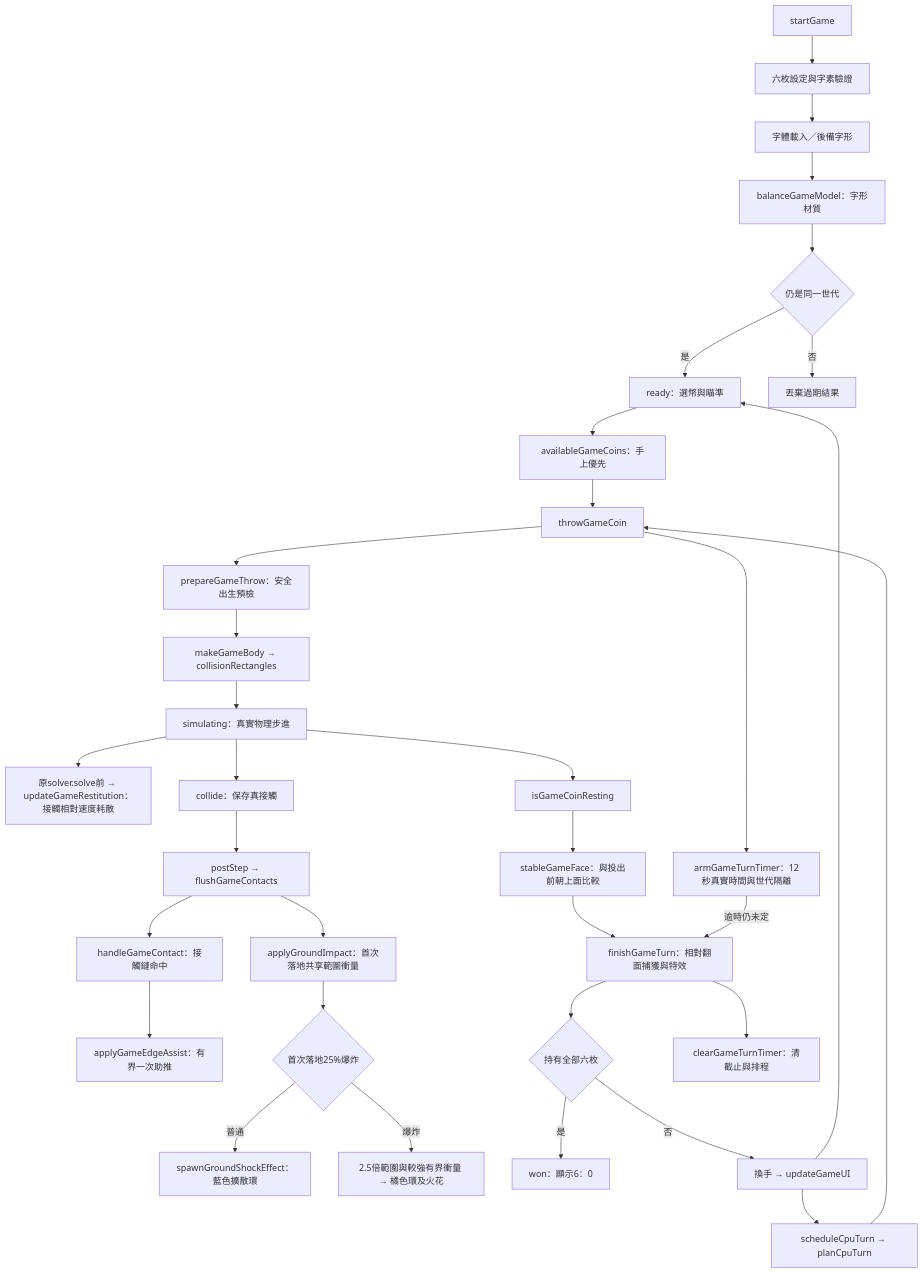
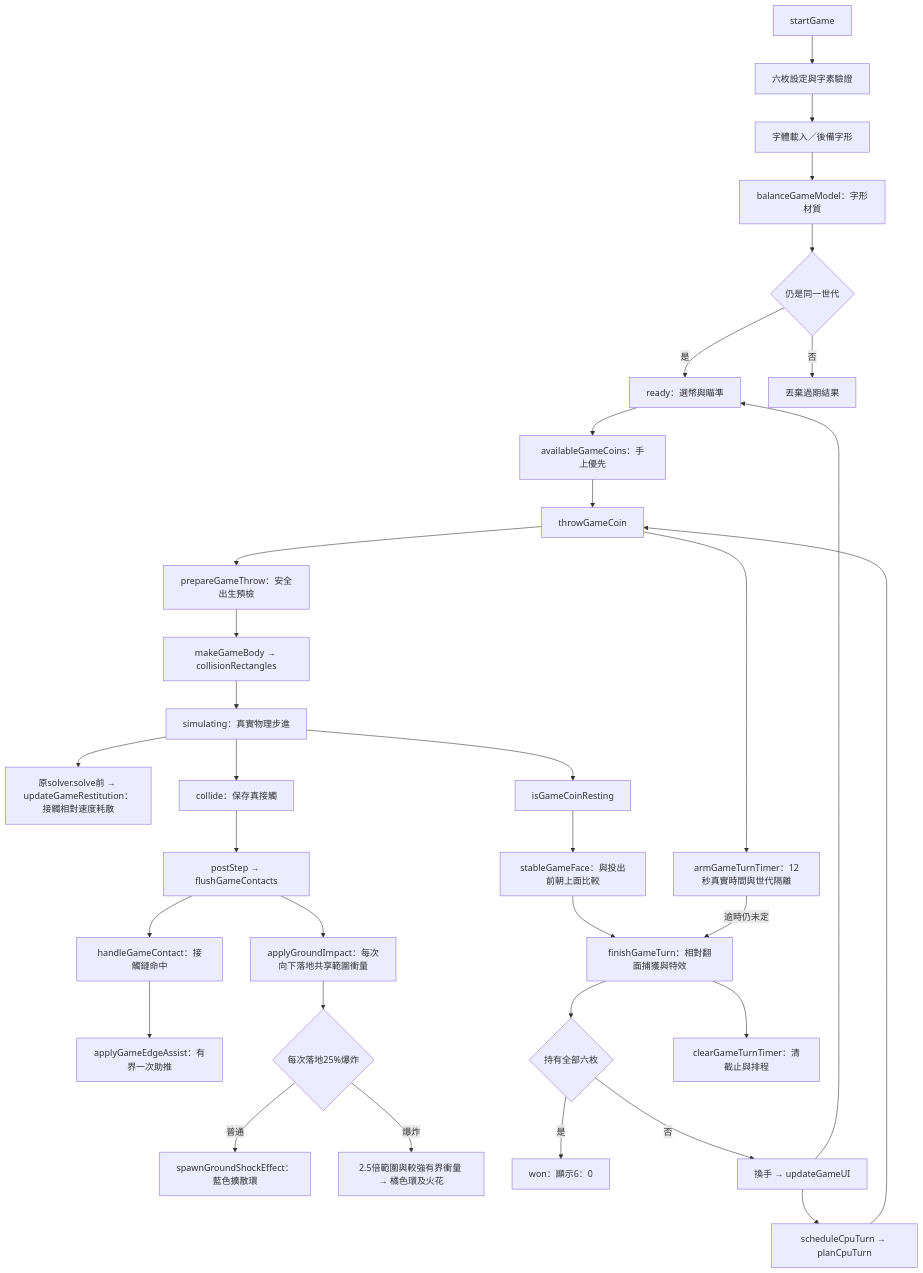
The fourth of 5 diagrams in architecture.md (MiuDog/ong-a-piau), drawn with Mermaid before and after one commit. The commit also changed other lines of this file and 10 other files, not shown here.

````diff
--- a/architecture.md
+++ b/architecture.md
@@ -88,35 +88,35 @@
 ```mermaid
 flowchart TD
 	Setup[startGame] --> Validate[六枚設定與字素驗證]
 	Validate --> Font[字體載入／後備字形]
 	Font --> Material[balanceGameModel：字形材質]
 	Material --> Epoch{仍是同一世代}
 	Epoch -->|是| Ready[ready：選幣與瞄準]
 	Epoch -->|否| Ignore[丟棄過期結果]
 	Ready --> Available[availableGameCoins：手上優先]
 	Available --> Throw[throwGameCoin]
 	Throw --> Prepare[prepareGameThrow：安全出生預檢]
 	Prepare --> Shape[makeGameBody → collisionRectangles]
 	Shape --> Sim[simulating：真實物理步進]
 	Sim --> ContactSpeed[原solver.solve前 → updateGameRestitution：接觸相對速度耗散]
 	Sim --> Queue[collide：保存真接觸]
 	Queue --> Flush[postStep → flushGameContacts]
 	Flush --> Hit[handleGameContact：接觸鏈命中]
 	Hit --> Edge[applyGameEdgeAssist：有界一次助推]
-	Flush --> Shock[applyGroundImpact：首次落地共享範圍衝量]
-	Shock --> Chance{首次落地25%爆炸}
+	Flush --> Shock[applyGroundImpact：每次向下落地共享範圍衝量]
+	Shock --> Chance{每次落地25%爆炸}
 	Chance -->|普通| Ring[spawnGroundShockEffect：藍色擴散環]
 	Chance -->|爆炸| Blast[2.5倍範圍與較強有界衝量 → 橘色環及火花]
 	Sim --> Rest[isGameCoinResting]
 	Rest --> Face[stableGameFace：與投出前朝上面比較]
 	Face --> Capture[finishGameTurn：相對翻面捕獲與特效]
 	Capture --> Count{持有全部六枚}
 	Count -->|是| Won[won：顯示6：0]
 	Count -->|否| Next[換手 → updateGameUI]
 	Next --> CPU[scheduleCpuTurn → planCpuTurn]
 	CPU --> Throw
 	Next --> Ready
 	Throw --> Deadline[armGameTurnTimer：12秒真實時間與世代隔離]
 	Deadline -->|逾時仍未定| Capture
 	Capture --> ClearTimer[clearGameTurnTimer：清截止與排程]
 ```
````
